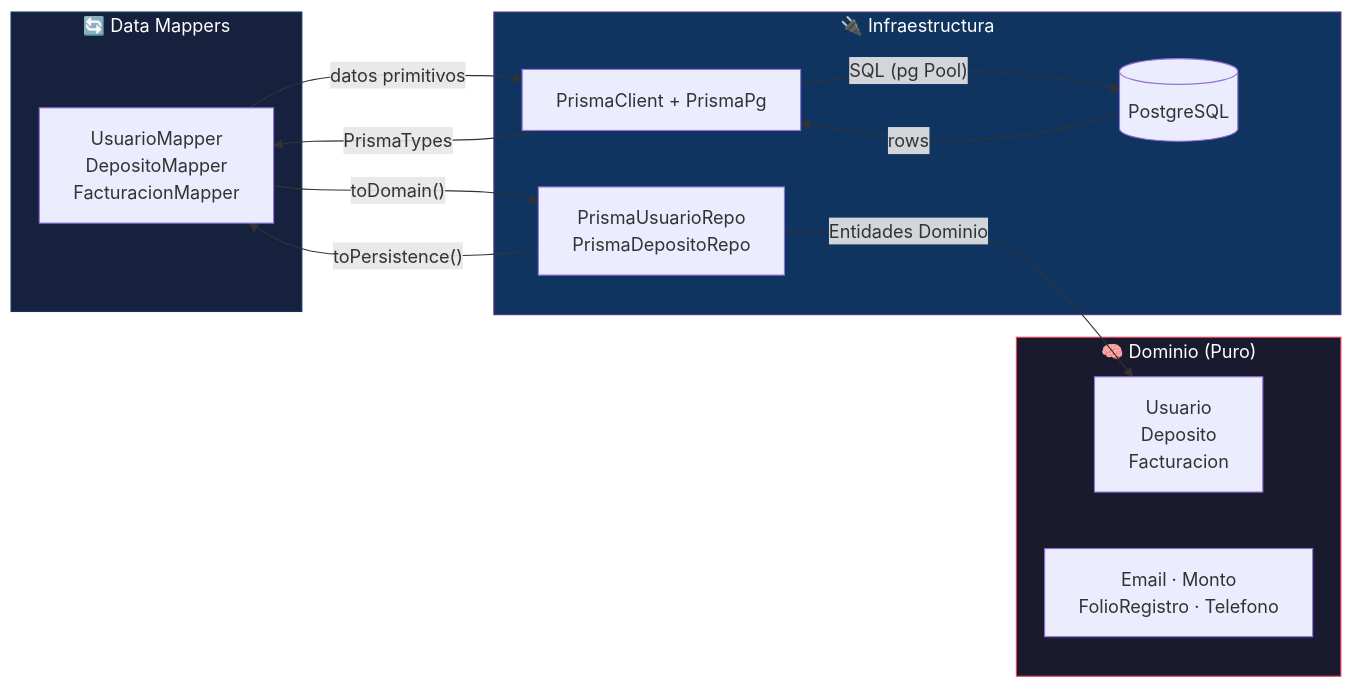
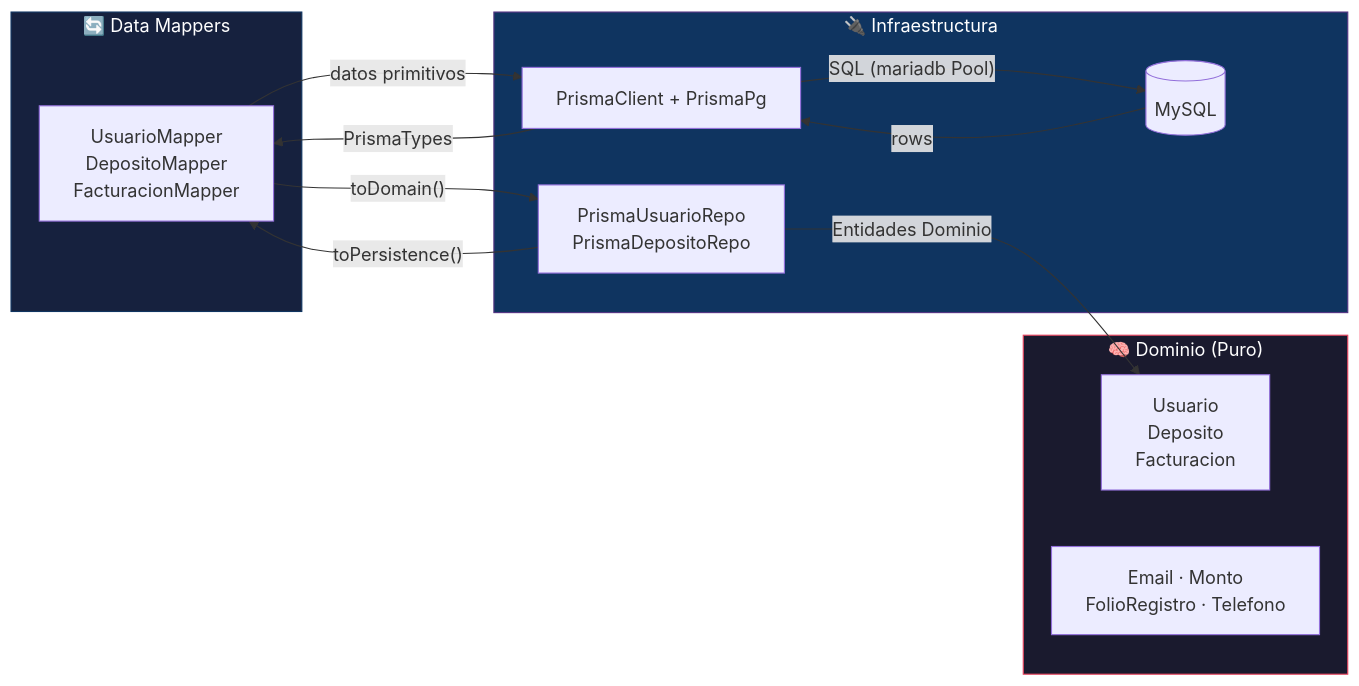
Before and after one commit to iKinoo/aniei-registro-2026: diagram 14 of 14 in docs/DESIGN.md, drawn with Mermaid. The commit also changed other lines of this file and 64 other files, not shown here.

Commit message:
feat: migra de PostgreSQL a MySQL 8 y agrega generador de folios via tabla contador

````diff
--- a/docs/DESIGN.md
+++ b/docs/DESIGN.md
@@ -1643,29 +1643,29 @@
 ```mermaid
 graph LR
     subgraph Domain["🧠 Dominio (Puro)"]
         E["Usuario<br/>Deposito<br/>Facturacion"]
         VO["Email · Monto<br/>FolioRegistro · Telefono"]
     end
 
     subgraph Mapper["🔄 Data Mappers"]
         M["UsuarioMapper<br/>DepositoMapper<br/>FacturacionMapper"]
     end
 
     subgraph Infra["🔌 Infraestructura"]
         R["PrismaUsuarioRepo<br/>PrismaDepositoRepo"]
         P["PrismaClient + PrismaPg"]
-        DB[("PostgreSQL")]
+        DB[("MySQL")]
     end
 
     R -->|"toPersistence()"| M
     M -->|"datos primitivos"| P
-    P -->|"SQL (pg Pool)"| DB
+    P -->|"SQL (mariadb Pool)"| DB
     DB -->|"rows"| P
     P -->|"PrismaTypes"| M
     M -->|"toDomain()"| R
     R -->|"Entidades Dominio"| E
 
     style Domain fill:#1a1a2e,stroke:#e94560,color:#fff
     style Mapper fill:#16213e,stroke:#0f3460,color:#fff
     style Infra fill:#0f3460,stroke:#533483,color:#fff
 ```
````
